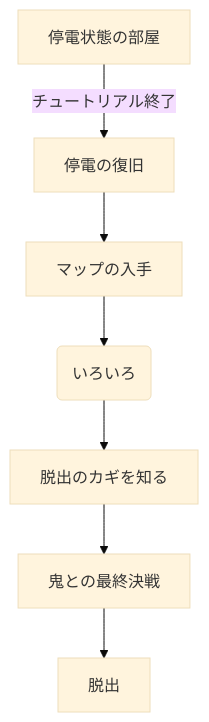
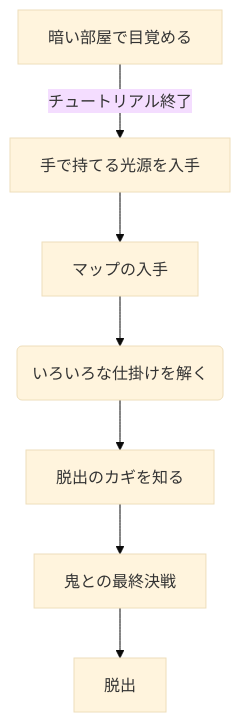
The diagram in gameplan.md (EyeTracker-123/UnityProject), drawn with Mermaid (base theme) before and after one commit. The commit also changed other lines of this file, not shown here.

````diff
--- a/gameplan.md
+++ b/gameplan.md
@@ -1,20 +19,20 @@
 ```mermaid
 flowchart TB
-start[停電状態の部屋]
-second[停電の復旧]
+start[暗い部屋で目覚める]
+second[手で持てる光源を入手]
 map[マップの入手]
-bet1(いろいろ)
+bet1(いろいろな仕掛けを解く)
 key[脱出のカギを知る]
 battle[鬼との最終決戦]
 goal[脱出]
 
 
 start -->|チュートリアル終了| second
 second --> map
 map --> bet1
 bet1 --> key
 key --> battle
 battle --> goal
 
 
 ```
````
